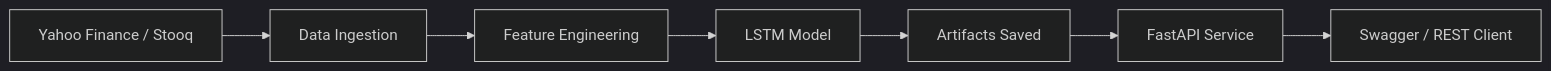
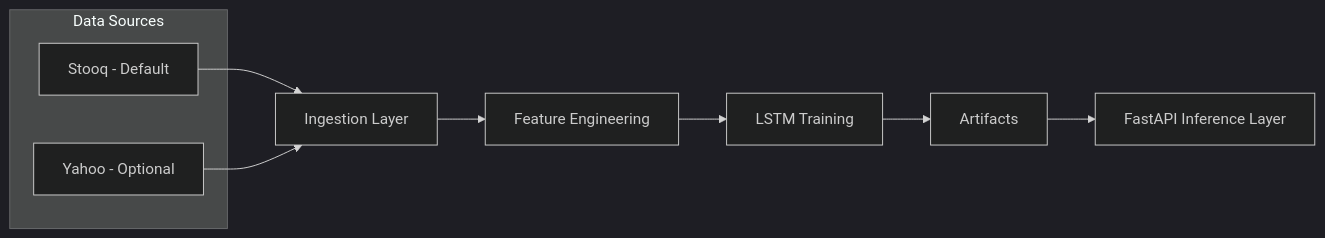
The first of 2 diagrams in README.md (aylatilio/lstm-nvda-stock-forecast), drawn with Mermaid (dark theme) before and after one commit. The commit also changed other lines of this file and 14 other files, not shown here.

Commit message:
Refactor: production-ready API architecture with CPU/GPU Docker split, ingestion redesign (Stooq default), walk-forward training and artifact separation

````diff
--- a/README.md
+++ b/README.md
@@ -35,9 +44,15 @@
 ```mermaid
 flowchart LR
-    A[Yahoo Finance / Stooq] --> B[Data Ingestion]
-    B --> C[Feature Engineering]
-    C --> D[LSTM Model]
-    D --> E[Artifacts Saved]
-    E --> F[FastAPI Service]
-    F --> G[Swagger / REST Client]
+    subgraph Data Sources
+        S[Stooq - Default]
+        Y[Yahoo - Optional]
+    end
+
+    S --> I[Ingestion Layer]
+    Y --> I
+
+    I --> F[Feature Engineering]
+    F --> M[LSTM Training]
+    M --> A[Artifacts]
+    A --> API[FastAPI Inference Layer]
 ```
````
